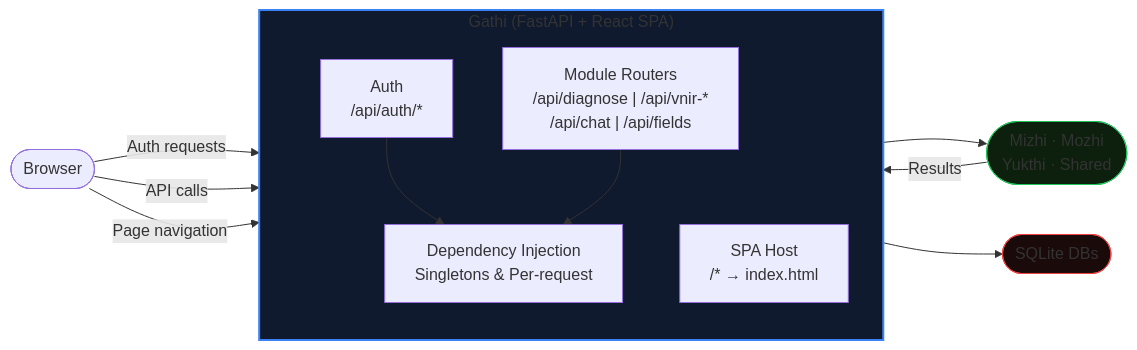
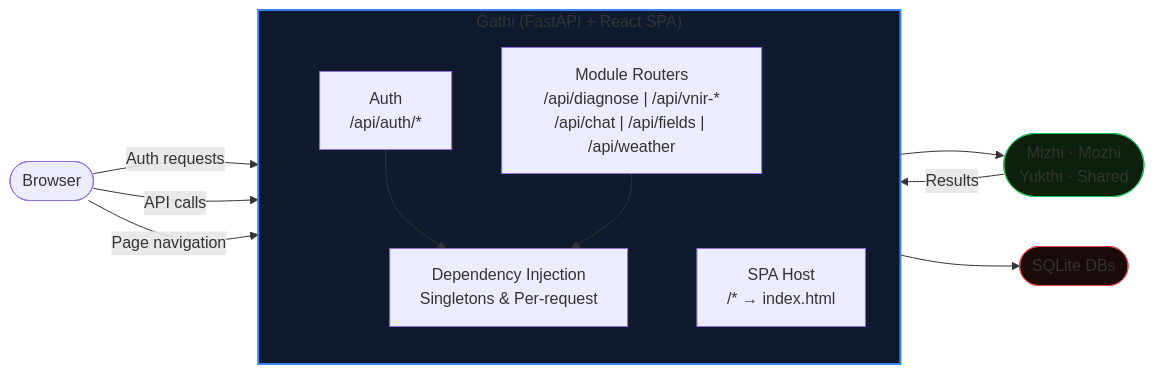
Before and after one commit to SReigovind/NAVA: the first of 4 diagrams in documentation/01_module_gathi.md, drawn with Mermaid. The commit also changed other lines of this file and 55 other files, not shown here.

````diff
--- a/documentation/01_module_gathi.md
+++ b/documentation/01_module_gathi.md
@@ -74,29 +75,29 @@
 ```mermaid
 flowchart LR
     Browser(["Browser"])
 
     subgraph Gathi["Gathi (FastAPI + React SPA)"]
         direction TB
         Auth["Auth\n/api/auth/*"]
-        API["Module Routers\n/api/diagnose | /api/vnir-*\n/api/chat | /api/fields"]
+        API["Module Routers\n/api/diagnose | /api/vnir-*\n/api/chat | /api/fields | /api/weather"]
         SPA["SPA Host\n/* → index.html"]
         DI["Dependency Injection\nSingletons & Per-request"]
     end
 
     Modules(["Mizhi · Mozhi\nYukthi · Shared"])
     Storage(["SQLite DBs"])
 
     Browser -- "Auth requests" --> Auth
     Browser -- "API calls" --> API
     Browser -- "Page navigation" --> SPA
 
     Auth --> DI
     API --> DI
     DI --> Modules
     DI --> Storage
     Modules -- "Results" --> API
 
     style Gathi fill:#0f1a2e,stroke:#3b82f6,stroke-width:2px
     style Modules fill:#0d1f0d,stroke:#22c55e
     style Storage fill:#1a0a0a,stroke:#ef4444
 ```
````
